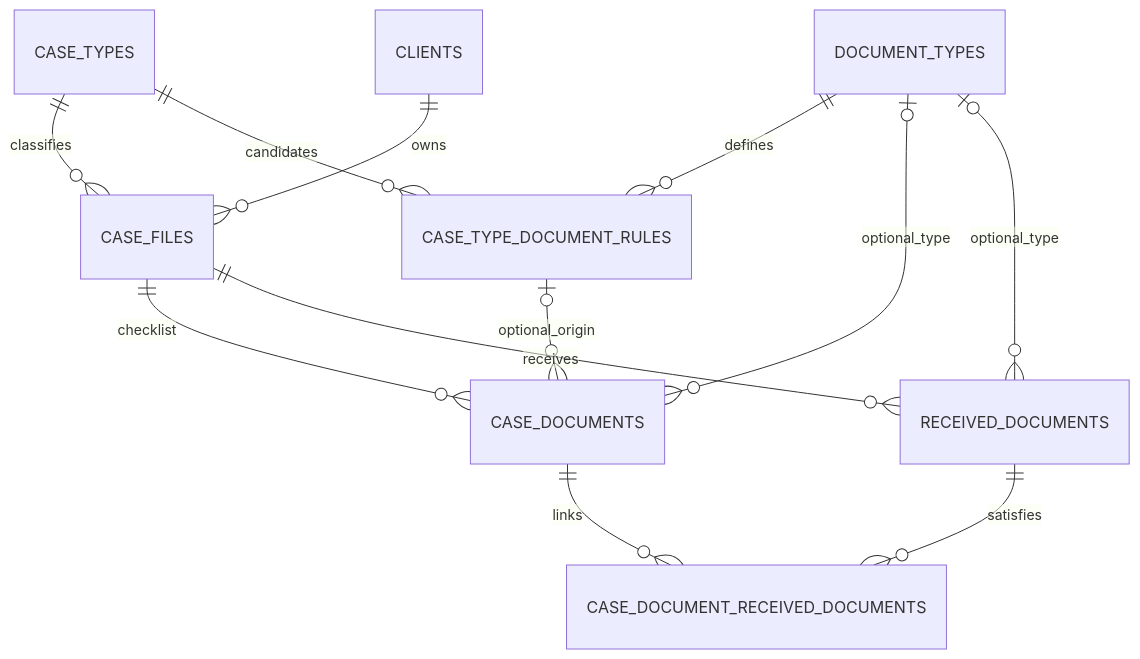
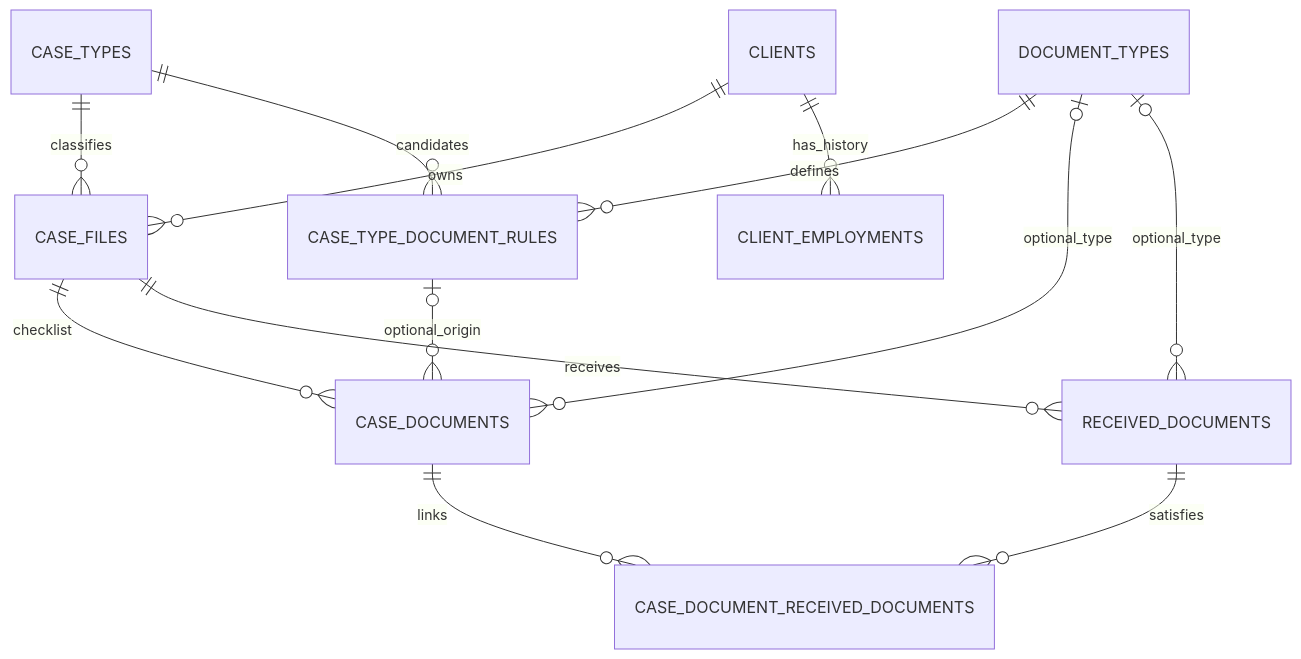
Before and after one commit to HieuNghiaDev/DEMO-WEB: the second of 3 diagrams in docs/DATA_MODEL.md, drawn with Mermaid. The commit also changed other lines of this file and 81 other files, not shown here.

````diff
--- a/docs/DATA_MODEL.md
+++ b/docs/DATA_MODEL.md
@@ -59,14 +62,15 @@
 ```mermaid
 erDiagram
     CLIENTS ||--o{ CASE_FILES : owns
+    CLIENTS ||--o{ CLIENT_EMPLOYMENTS : has_history
     CASE_TYPES ||--o{ CASE_FILES : classifies
     CASE_TYPES ||--o{ CASE_TYPE_DOCUMENT_RULES : candidates
     DOCUMENT_TYPES ||--o{ CASE_TYPE_DOCUMENT_RULES : defines
     CASE_FILES ||--o{ CASE_DOCUMENTS : checklist
     CASE_TYPE_DOCUMENT_RULES o|--o{ CASE_DOCUMENTS : optional_origin
     DOCUMENT_TYPES o|--o{ CASE_DOCUMENTS : optional_type
     CASE_FILES ||--o{ RECEIVED_DOCUMENTS : receives
     DOCUMENT_TYPES o|--o{ RECEIVED_DOCUMENTS : optional_type
     CASE_DOCUMENTS ||--o{ CASE_DOCUMENT_RECEIVED_DOCUMENTS : links
     RECEIVED_DOCUMENTS ||--o{ CASE_DOCUMENT_RECEIVED_DOCUMENTS : satisfies
 ```
````
